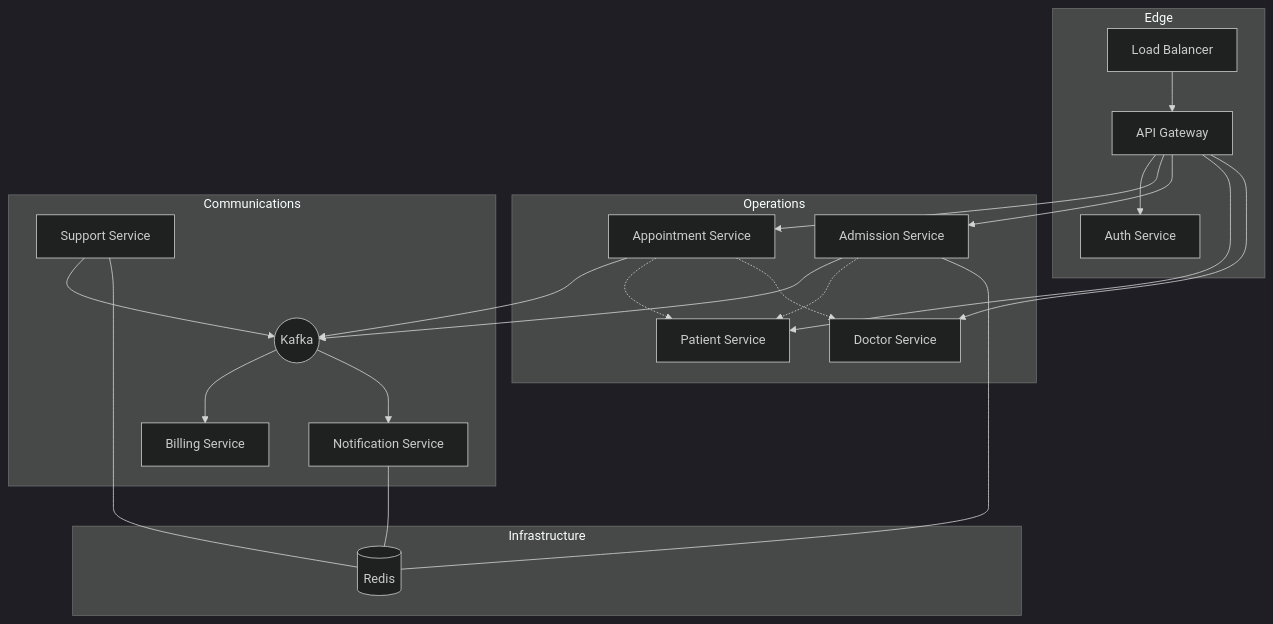
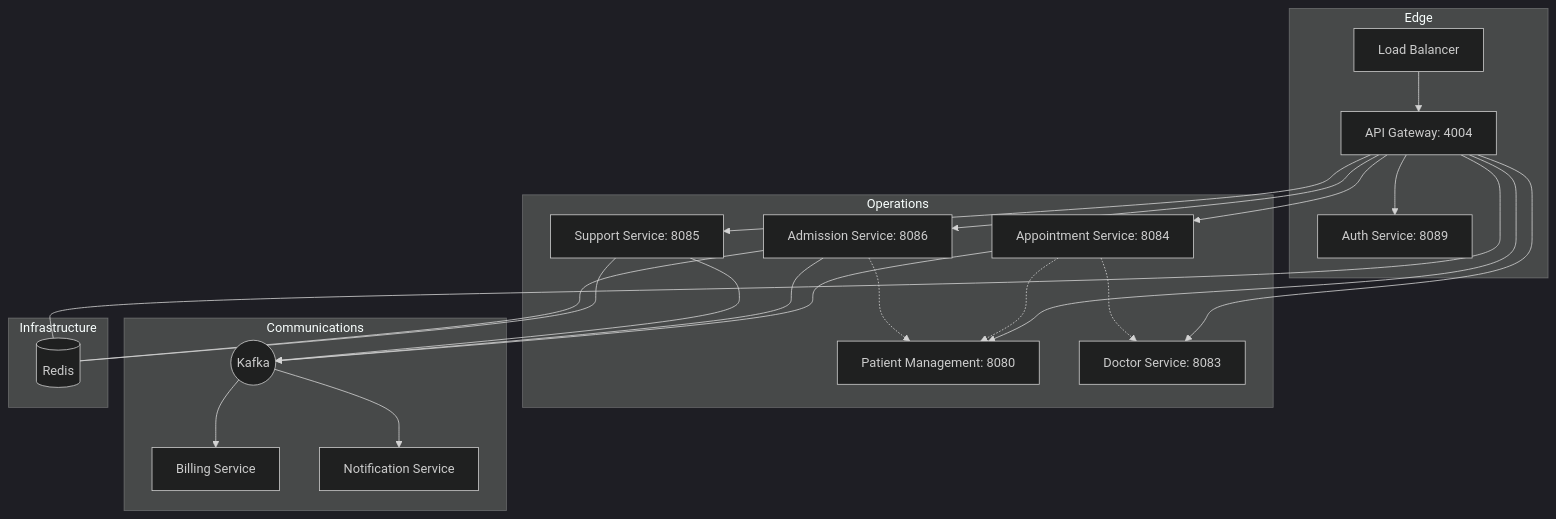
One commit to doguhanniltextra/hospital-information-system changed the diagram in README.md. Above: the diagram before and after it, drawn with Mermaid (dark theme). The commit also changed other lines of this file, not shown here.

Commit message:
docs: refresh README with minimalist topology, service matrix, and updated quick start

````diff
--- a/README.md
+++ b/README.md
@@ -19,31 +19,32 @@
 ```mermaid
 graph TD
     subgraph Edge
-        LB[Load Balancer] --> GW[API Gateway]
-        GW --> Auth[Auth Service]
+        LB[Load Balancer] --> GW[API Gateway: 4004]
+        GW --> Auth[Auth Service: 8089]
     end
 
     subgraph Operations
-        GW --> AS[Appointment Service]
-        GW --> AD[Admission Service]
-        GW --> PS[Patient Service]
-        GW --> DS[Doctor Service]
+        GW --> AS[Appointment Service: 8084]
+        GW --> AD[Admission Service: 8086]
+        GW --> PS[Patient Management: 8080]
+        GW --> DS[Doctor Service: 8083]
+        GW --> SS[Support Service: 8085]
     end
 
     subgraph Communications
         AS --> Kafka((Kafka))
         AD --> Kafka
-        SS[Support Service] --> Kafka
+        SS --> Kafka
         Kafka --> BI[Billing Service]
         Kafka --> NO[Notification Service]
     end
 
     subgraph Infrastructure
         AS -.-> PS
         AS -.-> DS
         AD -.-> PS
-        SS --- Redis[(Redis)]
+        GW --- Redis[(Redis)]
+        SS --- Redis
         AD --- Redis
-        NO --- Redis
     end
 ```
````
